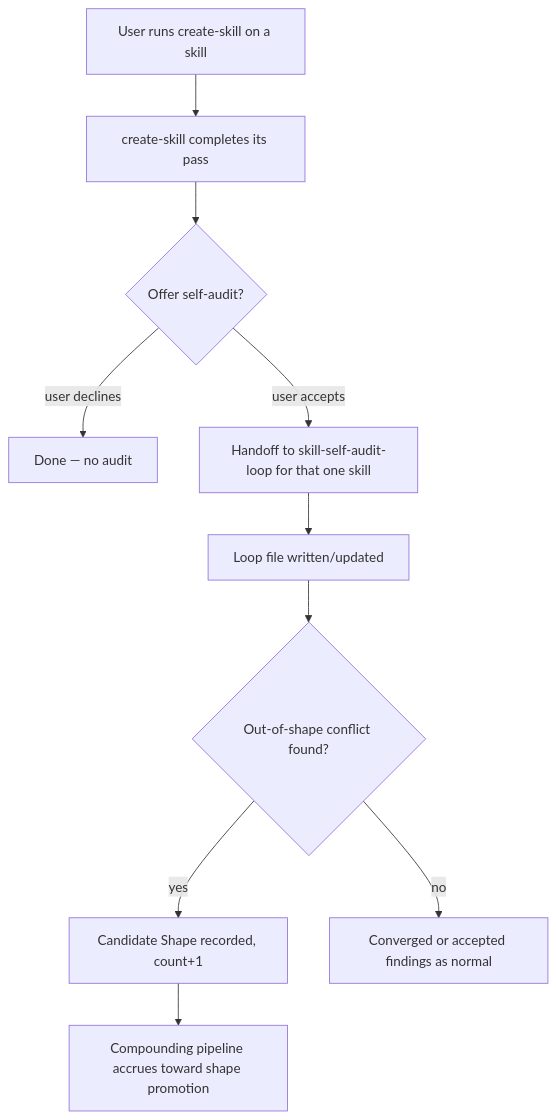
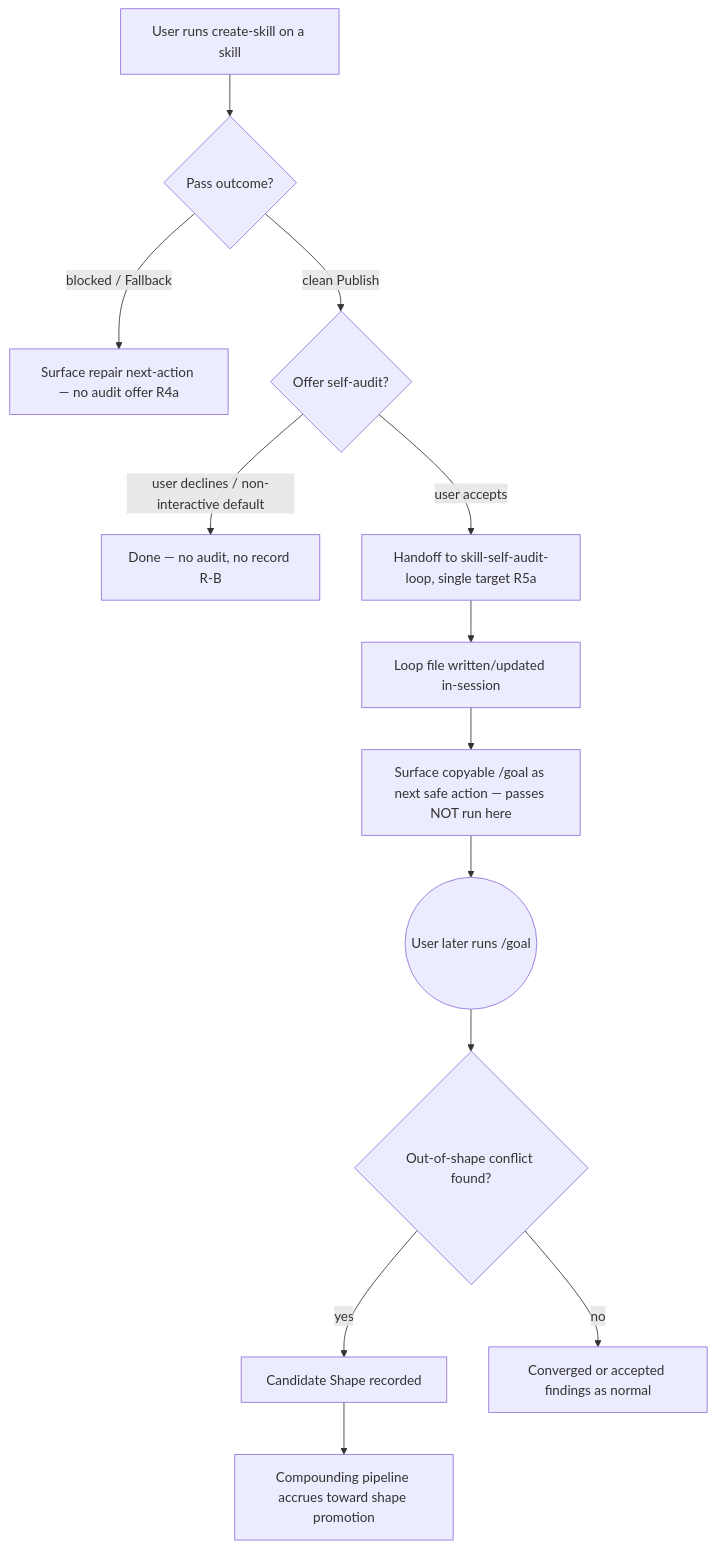
One commit to nathanvale/claude-code-config changed the diagram in docs/brainstorms/2026-06-10-skill-self-audit-loop-v3-requirements.md. Above: the diagram before and after it, drawn with Mermaid. The commit also changed other lines of this file and 1 other file, not shown here.

First line of the commit message:
docs(skill-self-audit-loop): unblock v3 — P1 passed, P2 collapsed

````diff
--- a/docs/brainstorms/2026-06-10-skill-self-audit-loop-v3-requirements.md
+++ b/docs/brainstorms/2026-06-10-skill-self-audit-loop-v3-requirements.md
@@ -75,12 +176,15 @@
 ```mermaid
 flowchart TB
-  A[User runs create-skill on a skill] --> B[create-skill completes its pass]
-  B --> C{Offer self-audit?}
-  C -->|user declines| D[Done — no audit]
-  C -->|user accepts| E[Handoff to skill-self-audit-loop for that one skill]
-  E --> F[Loop file written/updated]
-  F --> G{Out-of-shape conflict found?}
-  G -->|yes| H[Candidate Shape recorded, count+1]
+  A[User runs create-skill on a skill] --> B{Pass outcome?}
+  B -->|blocked / Fallback| BR[Surface repair next-action — no audit offer R4a]
+  B -->|clean Publish| C{Offer self-audit?}
+  C -->|user declines / non-interactive default| D[Done — no audit, no record R-B]
+  C -->|user accepts| E[Handoff to skill-self-audit-loop, single target R5a]
+  E --> F[Loop file written/updated in-session]
+  F --> K[Surface copyable /goal as next safe action — passes NOT run here]
+  K --> L((User later runs /goal))
+  L --> G{Out-of-shape conflict found?}
+  G -->|yes| H[Candidate Shape recorded]
   G -->|no| I[Converged or accepted findings as normal]
   H --> J[Compounding pipeline accrues toward shape promotion]
 ```
````
